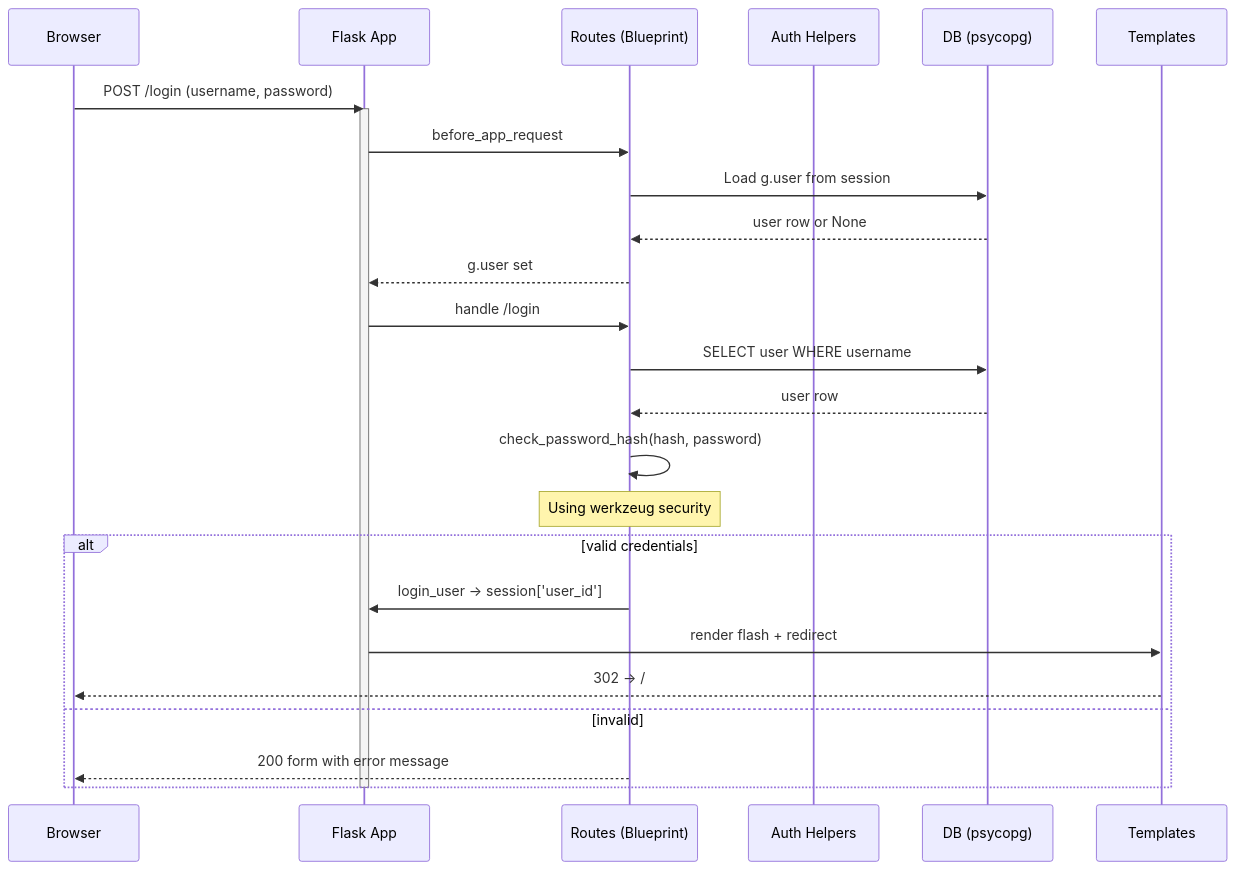
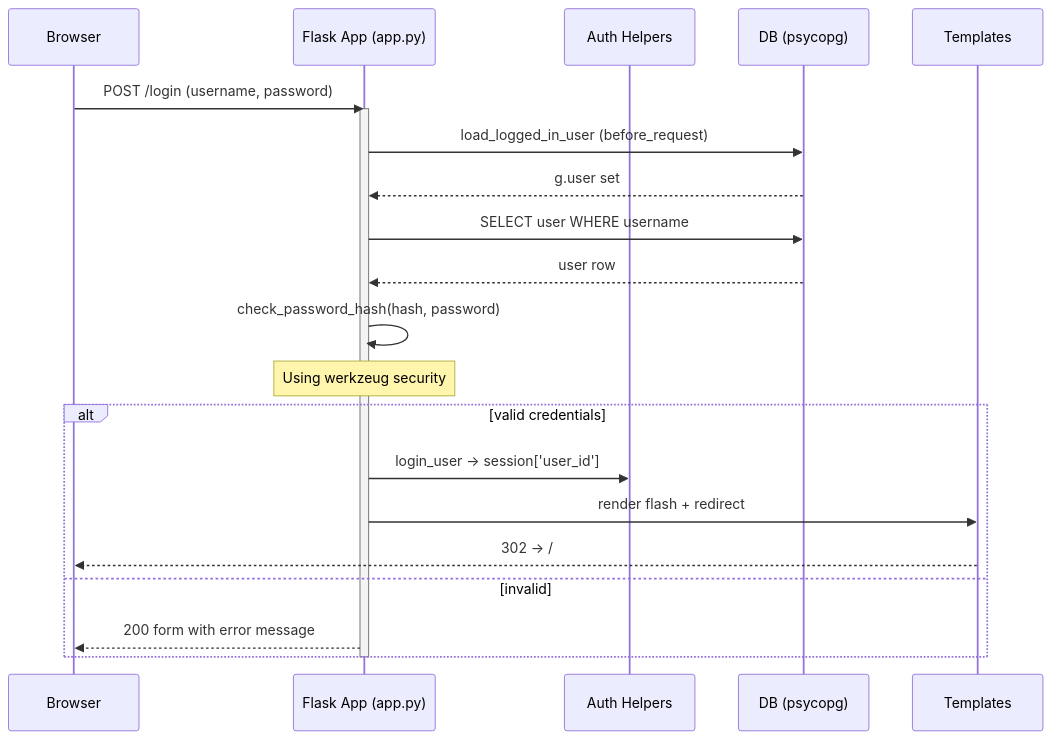
One commit to overthetop/flask_demo changed the second of 3 diagrams in README.md. Above: the diagram before and after it, drawn with Mermaid. The commit also changed other lines of this file and 2 other files, not shown here.

First line of the commit message:
docs: update all .md files to reflect flat app structure

````diff
--- a/README.md
+++ b/README.md
@@ -297,30 +292,26 @@
 ```mermaid
 sequenceDiagram
   participant B as Browser
-  participant F as Flask App
-  participant R as Routes (Blueprint)
+  participant F as Flask App (app.py)
   participant A as Auth Helpers
   participant D as DB (psycopg)
   participant T as Templates
 
   B->>F: POST /login (username, password)
   activate F
-  F->>R: before_app_request
-  R->>D: Load g.user from session
-  D-->>R: user row or None
-  R-->>F: g.user set
+  F->>D: load_logged_in_user (before_request)
+  D-->>F: g.user set
 
-  F->>R: handle /login
-  R->>D: SELECT user WHERE username
-  D-->>R: user row
-  R->>R: check_password_hash(hash, password)
-  Note over R: Using werkzeug security
+  F->>D: SELECT user WHERE username
+  D-->>F: user row
+  F->>F: check_password_hash(hash, password)
+  Note over F: Using werkzeug security
   alt valid credentials
-    R->>F: login_user -> session['user_id']
+    F->>A: login_user -> session['user_id']
     F->>T: render flash + redirect
     T-->>B: 302 -> /
   else invalid
-    R-->>B: 200 form with error message
+    F-->>B: 200 form with error message
   end
   deactivate F
 ```
````
